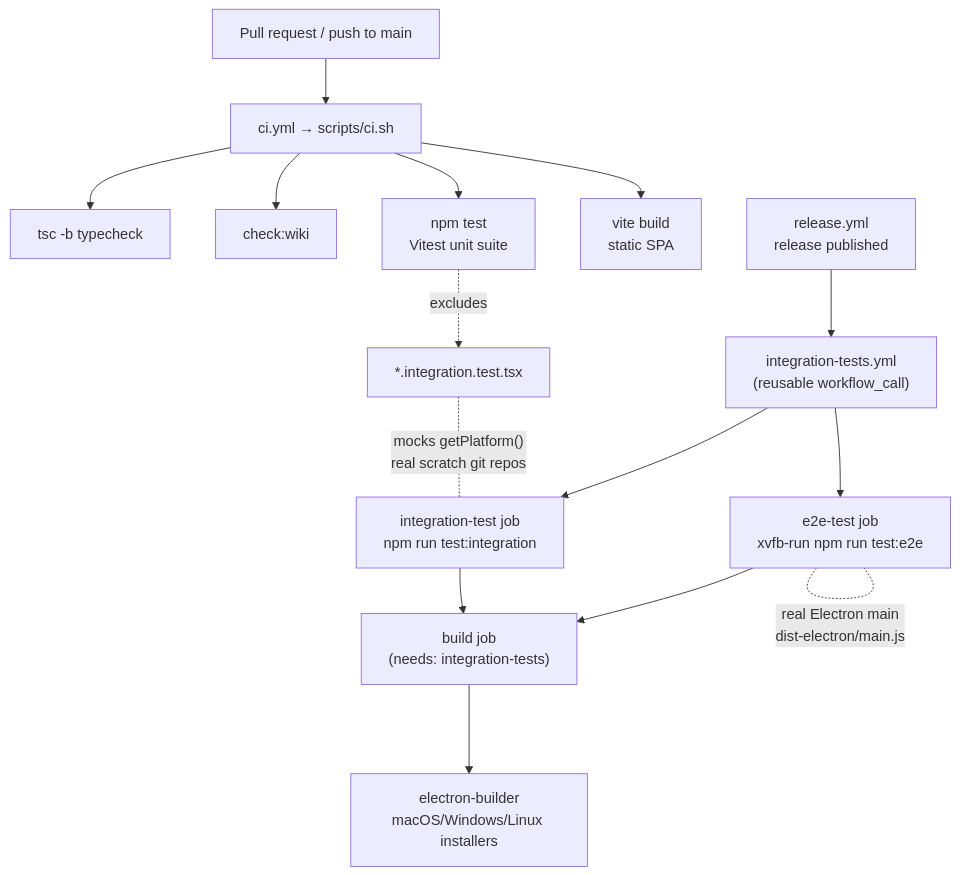
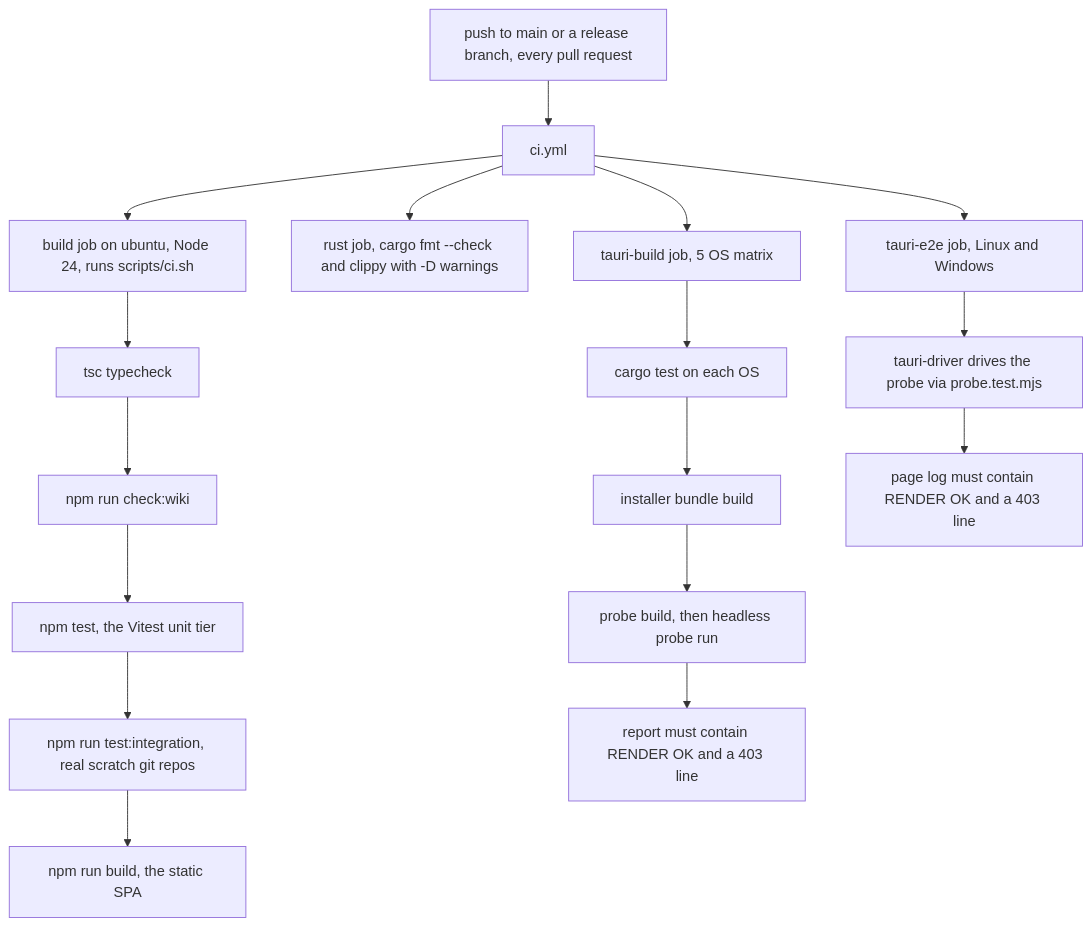
The first of 2 diagrams in openwiki/testing.md (Gram21/SaiLoR), drawn with Mermaid before and after one commit. The commit also changed other lines of this file and 33 other files, not shown here.

````diff
--- a/openwiki/testing.md
+++ b/openwiki/testing.md
@@ -76,19 +20,19 @@
 ```mermaid
 flowchart TD
-    PR["Pull request / push to main"]
-    PR --> CI["ci.yml → scripts/ci.sh"]
-    CI --> TC["tsc -b typecheck"]
-    CI --> WL["check:wiki"]
-    CI --> UNIT["npm test<br/>Vitest unit suite"]
-    CI --> BUILD["vite build<br/>static SPA"]
-    UNIT -. excludes .-> INT["*.integration.test.tsx"]
-    REL["release.yml<br/>release published"] --> IT["integration-tests.yml<br/>(reusable workflow_call)"]
-    IT --> INTJOB["integration-test job<br/>npm run test:integration"]
-    IT --> E2EJOB["e2e-test job<br/>xvfb-run npm run test:e2e"]
-    INTJOB --> RELBUILD["build job<br/>(needs: integration-tests)"]
-    E2EJOB --> RELBUILD
-    RELBUILD --> PKG["electron-builder<br/>macOS/Windows/Linux installers"]
-
-    INT -. "mocks getPlatform()<br/>real scratch git repos" .- INTJOB
-    E2EJOB -. "real Electron main<br/>dist-electron/main.js" .- E2EJOB
+    PR["push to main or a release branch, every pull request"] --> CI["ci.yml"]
+    CI --> BUILD["build job on ubuntu, Node 24, runs scripts/ci.sh"]
+    BUILD --> TS["tsc typecheck"]
+    TS --> WIKI["npm run check:wiki"]
+    WIKI --> UNIT["npm test, the Vitest unit tier"]
+    UNIT --> INT["npm run test:integration, real scratch git repos"]
+    INT --> SPA["npm run build, the static SPA"]
+    CI --> RUST["rust job, cargo fmt --check and clippy with -D warnings"]
+    CI --> TB["tauri-build job, 5 OS matrix"]
+    TB --> CTEST["cargo test on each OS"]
+    CTEST --> BUNDLE["installer bundle build"]
+    BUNDLE --> PRB["probe build, then headless probe run"]
+    PRB --> OK1["report must contain RENDER OK and a 403 line"]
+    CI --> E2E["tauri-e2e job, Linux and Windows"]
+    E2E --> DRV["tauri-driver drives the probe via probe.test.mjs"]
+    DRV --> OK2["page log must contain RENDER OK and a 403 line"]
 ```
````
